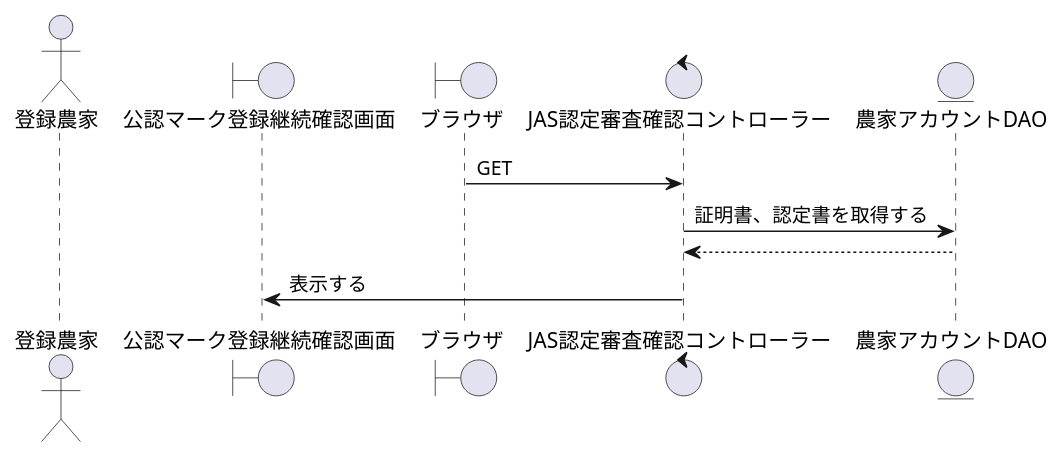
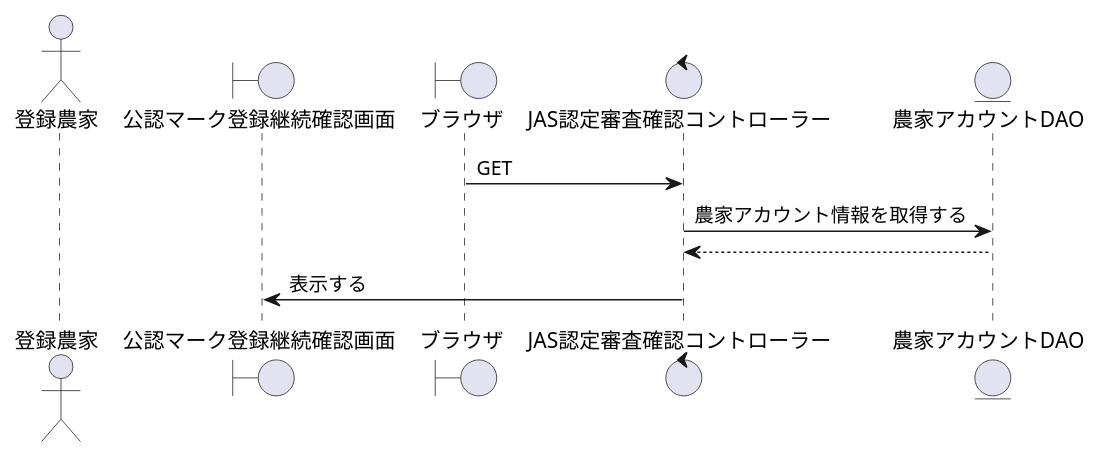
The diagram in PJ_シーケンス/農家/公認マーク登録継続確認画面表示.wsd (SK-B-S/PJ), drawn with PlantUML before and after one commit. The commit also changed 6 other files, not shown here.

```diff
--- a/PJ_シーケンス/農家/公認マーク登録継続確認画面表示.wsd
+++ b/PJ_シーケンス/農家/公認マーク登録継続確認画面表示.wsd
@@ -1,16 +1,16 @@
 @startuml 公認マーク登録継続確認画面を表示
 
 actor    "登録農家" as act
 boundary "公認マーク登録継続確認画面" as Top
 boundary "ブラウザ" as brz
 control  "JAS認定審査確認コントローラー" as Acquisition_c
 entity   "農家アカウントDAO" as Farmer_dao
 
 '-------------------------------------------------------------------------------------------
 
 brz -> Acquisition_c : GET
-Acquisition_c -> Farmer_dao : 証明書、認定書を取得する
+Acquisition_c -> Farmer_dao : 農家アカウント情報を取得する
 Acquisition_c <-- Farmer_dao
 Top <- Acquisition_c : 表示する
 
 @enduml
```
